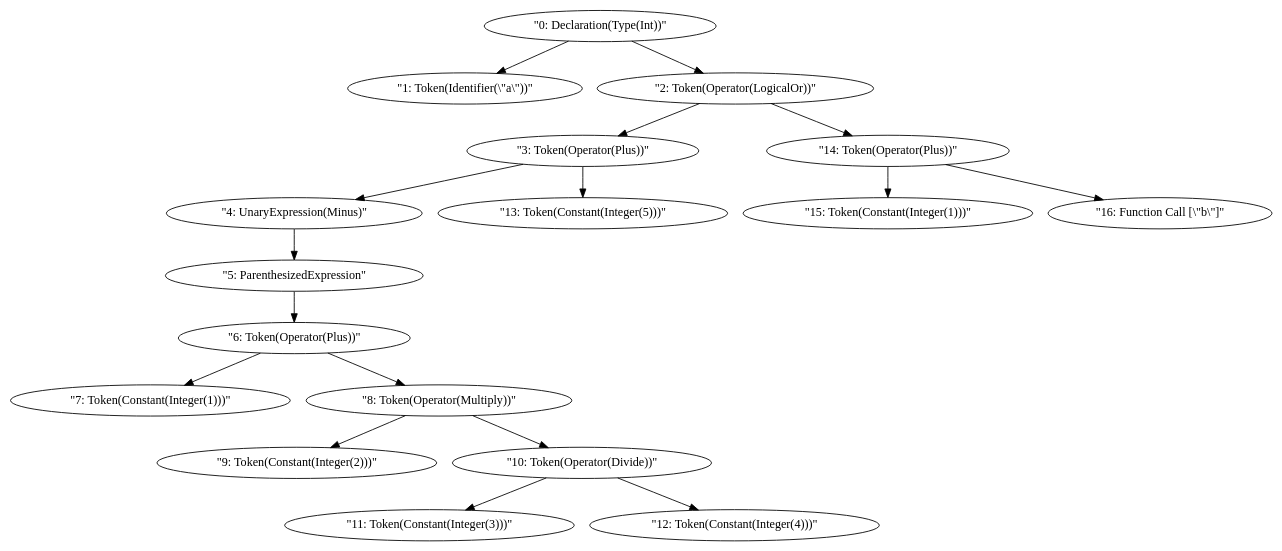
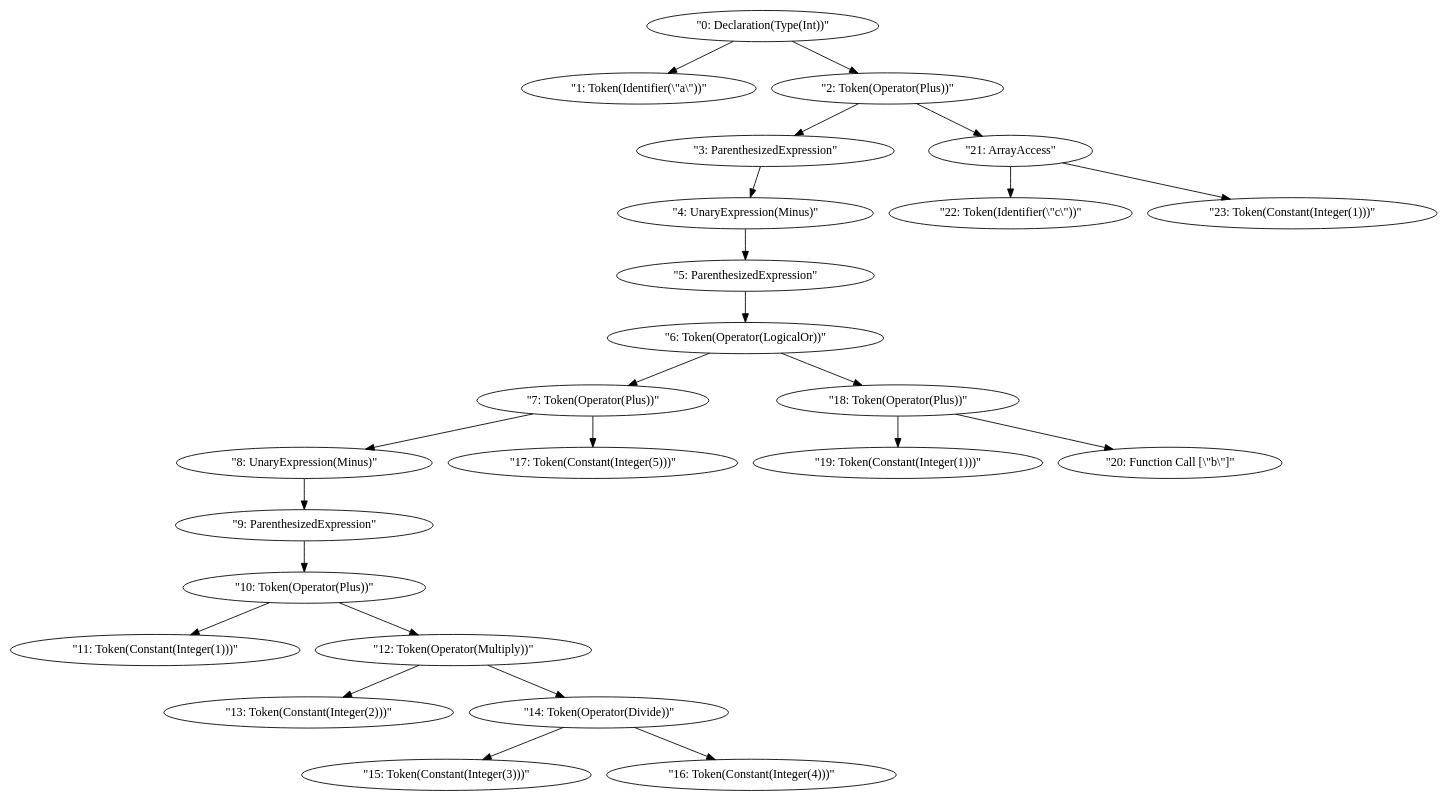
Before and after one commit to nagato0614/NagatoInterpreter: the diagram in output.dot, drawn with Graphviz. The commit also changed 4 other files, not shown here.

```diff
--- a/output.dot
+++ b/output.dot
@@ -1,35 +1,49 @@
 digraph {
     0 [ label = "\"0: Declaration(Type(Int))\"" ]
     1 [ label = "\"1: Token(Identifier(\\\"a\\\"))\"" ]
-    2 [ label = "\"2: Token(Operator(LogicalOr))\"" ]
-    3 [ label = "\"3: Token(Operator(Plus))\"" ]
+    2 [ label = "\"2: Token(Operator(Plus))\"" ]
+    3 [ label = "\"3: ParenthesizedExpression\"" ]
     4 [ label = "\"4: UnaryExpression(Minus)\"" ]
     5 [ label = "\"5: ParenthesizedExpression\"" ]
-    6 [ label = "\"6: Token(Operator(Plus))\"" ]
-    7 [ label = "\"7: Token(Constant(Integer(1)))\"" ]
-    8 [ label = "\"8: Token(Operator(Multiply))\"" ]
-    9 [ label = "\"9: Token(Constant(Integer(2)))\"" ]
-    10 [ label = "\"10: Token(Operator(Divide))\"" ]
-    11 [ label = "\"11: Token(Constant(Integer(3)))\"" ]
-    12 [ label = "\"12: Token(Constant(Integer(4)))\"" ]
-    13 [ label = "\"13: Token(Constant(Integer(5)))\"" ]
-    14 [ label = "\"14: Token(Operator(Plus))\"" ]
-    15 [ label = "\"15: Token(Constant(Integer(1)))\"" ]
-    16 [ label = "\"16: Function Call [\\\"b\\\"]\"" ]
+    6 [ label = "\"6: Token(Operator(LogicalOr))\"" ]
+    7 [ label = "\"7: Token(Operator(Plus))\"" ]
+    8 [ label = "\"8: UnaryExpression(Minus)\"" ]
+    9 [ label = "\"9: ParenthesizedExpression\"" ]
+    10 [ label = "\"10: Token(Operator(Plus))\"" ]
+    11 [ label = "\"11: Token(Constant(Integer(1)))\"" ]
+    12 [ label = "\"12: Token(Operator(Multiply))\"" ]
+    13 [ label = "\"13: Token(Constant(Integer(2)))\"" ]
+    14 [ label = "\"14: Token(Operator(Divide))\"" ]
+    15 [ label = "\"15: Token(Constant(Integer(3)))\"" ]
+    16 [ label = "\"16: Token(Constant(Integer(4)))\"" ]
+    17 [ label = "\"17: Token(Constant(Integer(5)))\"" ]
+    18 [ label = "\"18: Token(Operator(Plus))\"" ]
+    19 [ label = "\"19: Token(Constant(Integer(1)))\"" ]
+    20 [ label = "\"20: Function Call [\\\"b\\\"]\"" ]
+    21 [ label = "\"21: ArrayAccess\"" ]
+    22 [ label = "\"22: Token(Identifier(\\\"c\\\"))\"" ]
+    23 [ label = "\"23: Token(Constant(Integer(1)))\"" ]
     0 -> 1 [ ]
+    10 -> 11 [ ]
+    12 -> 13 [ ]
+    14 -> 15 [ ]
+    14 -> 16 [ ]
+    12 -> 14 [ ]
+    10 -> 12 [ ]
+    9 -> 10 [ ]
+    8 -> 9 [ ]
+    7 -> 8 [ ]
+    7 -> 17 [ ]
     6 -> 7 [ ]
-    8 -> 9 [ ]
-    10 -> 11 [ ]
-    10 -> 12 [ ]
-    8 -> 10 [ ]
-    6 -> 8 [ ]
+    18 -> 19 [ ]
+    18 -> 20 [ ]
+    6 -> 18 [ ]
     5 -> 6 [ ]
     4 -> 5 [ ]
     3 -> 4 [ ]
-    3 -> 13 [ ]
     2 -> 3 [ ]
-    14 -> 15 [ ]
-    14 -> 16 [ ]
-    2 -> 14 [ ]
+    21 -> 22 [ ]
+    21 -> 23 [ ]
+    2 -> 21 [ ]
     0 -> 2 [ ]
 }
```
